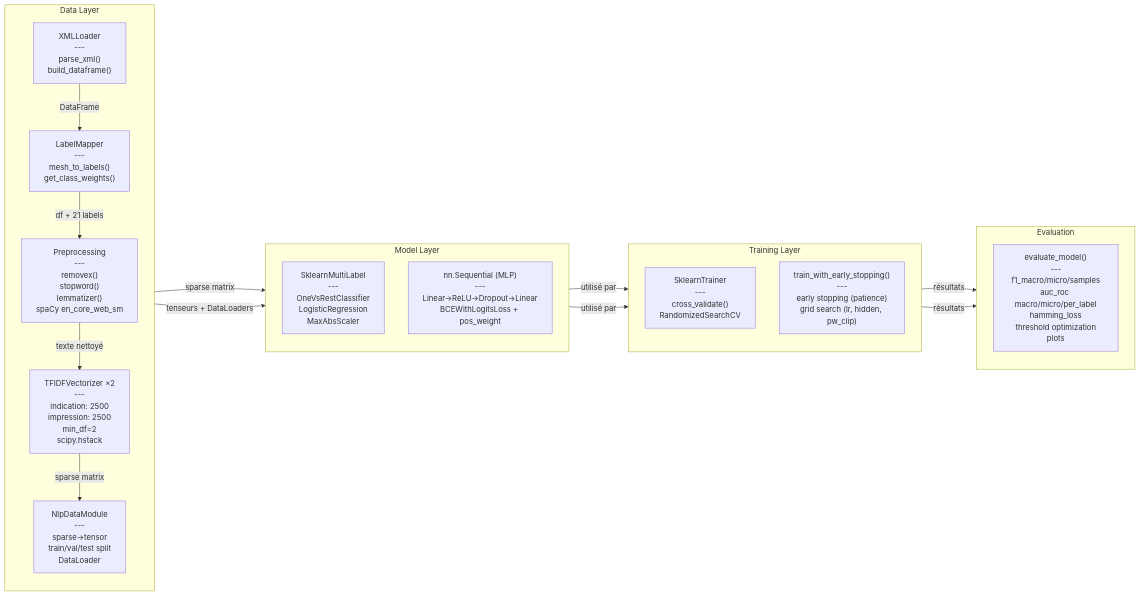
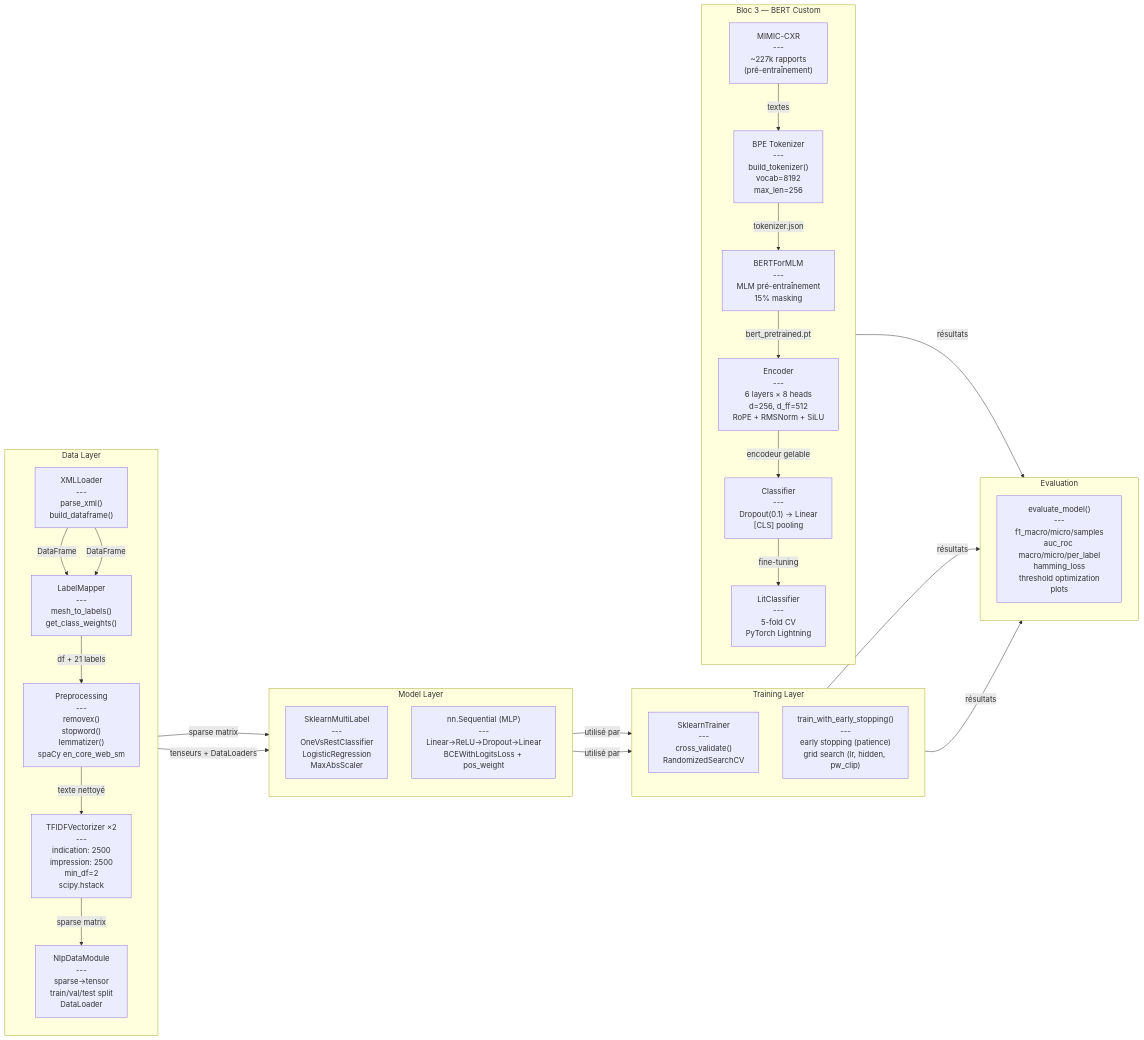
One commit to chaotiquetaurus/Open-i_chestxray_multimodal changed the diagram in Text classification/architecture_nlp_pipeline.md. Above: the diagram before and after it, drawn with Mermaid. The commit also changed other lines of this file, not shown here.

Commit message:
update architecture doc with Bloc 3: custom BERT classifier (pretrain MLM + finetune + kfold)

````diff
--- a/Text classification/architecture_nlp_pipeline.md
+++ b/Text classification/architecture_nlp_pipeline.md
@@ -21,41 +21,59 @@
 ```mermaid
 graph LR
     subgraph DATA["Data Layer"]
         direction TB
         XMLLoader["XMLLoader\n---\nparse_xml()\nbuild_dataframe()"]
         LabelMapper["LabelMapper\n---\nmesh_to_labels()\nget_class_weights()"]
         Preproc["Preprocessing\n---\nremovex()\nstopword()\nlemmatizer()\nspaCy en_core_web_sm"]
         TFIDF["TFIDFVectorizer ×2\n---\nindication: 2500\nimpression: 2500\nmin_df=2\nscipy.hstack"]
         DataModule["NlpDataModule\n---\nsparse→tensor\ntrain/val/test split\nDataLoader"]
     end
 
     subgraph MODELS["Model Layer"]
         direction TB
         SKModel["SklearnMultiLabel\n---\nOneVsRestClassifier\nLogisticRegression\nMaxAbsScaler"]
         MLPModel["nn.Sequential (MLP)\n---\nLinear→ReLU→Dropout→Linear\nBCEWithLogitsLoss + pos_weight"]
     end
 
     subgraph TRAIN["Training Layer"]
         direction TB
         SKTrainer["SklearnTrainer\n---\ncross_validate()\nRandomizedSearchCV"]
         TorchTrainer["train_with_early_stopping()\n---\nearly stopping (patience)\ngrid search (lr, hidden, pw_clip)"]
     end
 
     subgraph EVAL["Evaluation"]
         direction TB
         Evaluator["evaluate_model()\n---\nf1_macro/micro/samples\nauc_roc macro/micro/per_label\nhamming_loss\nthreshold optimization\nplots"]
     end
 
     XMLLoader -->|"DataFrame"| LabelMapper
     LabelMapper -->|"df + 21 labels"| Preproc
     Preproc -->|"texte nettoyé"| TFIDF
     TFIDF -->|"sparse matrix"| SKModel
     TFIDF -->|"sparse matrix"| DataModule
     DataModule -->|"tenseurs + DataLoaders"| MLPModel
 
     SKModel -->|"utilisé par"| SKTrainer
     MLPModel -->|"utilisé par"| TorchTrainer
 
     SKTrainer -->|"résultats"| Evaluator
     TorchTrainer -->|"résultats"| Evaluator
+
+    subgraph BERT["Bloc 3 — BERT Custom"]
+        direction TB
+        MIMIC["MIMIC-CXR\n---\n~227k rapports\n(pré-entraînement)"]
+        BPETok["BPE Tokenizer\n---\nbuild_tokenizer()\nvocab=8192\nmax_len=256"]
+        BERTEnc["Encoder\n---\n6 layers × 8 heads\nd=256, d_ff=512\nRoPE + RMSNorm + SiLU"]
+        MLMHead["BERTForMLM\n---\nMLM pré-entraînement\n15% masking"]
+        ClfHead["Classifier\n---\nDropout(0.1) → Linear\n[CLS] pooling"]
+        KFold["LitClassifier\n---\n5-fold CV\nPyTorch Lightning"]
+    end
+
+    MIMIC -->|"textes"| BPETok
+    BPETok -->|"tokenizer.json"| MLMHead
+    MLMHead -->|"bert_pretrained.pt"| BERTEnc
+    XMLLoader -->|"DataFrame"| LabelMapper
+    BERTEnc -->|"encodeur gelable"| ClfHead
+    ClfHead -->|"fine-tuning"| KFold
+    KFold -->|"résultats"| Evaluator
 ```
````
